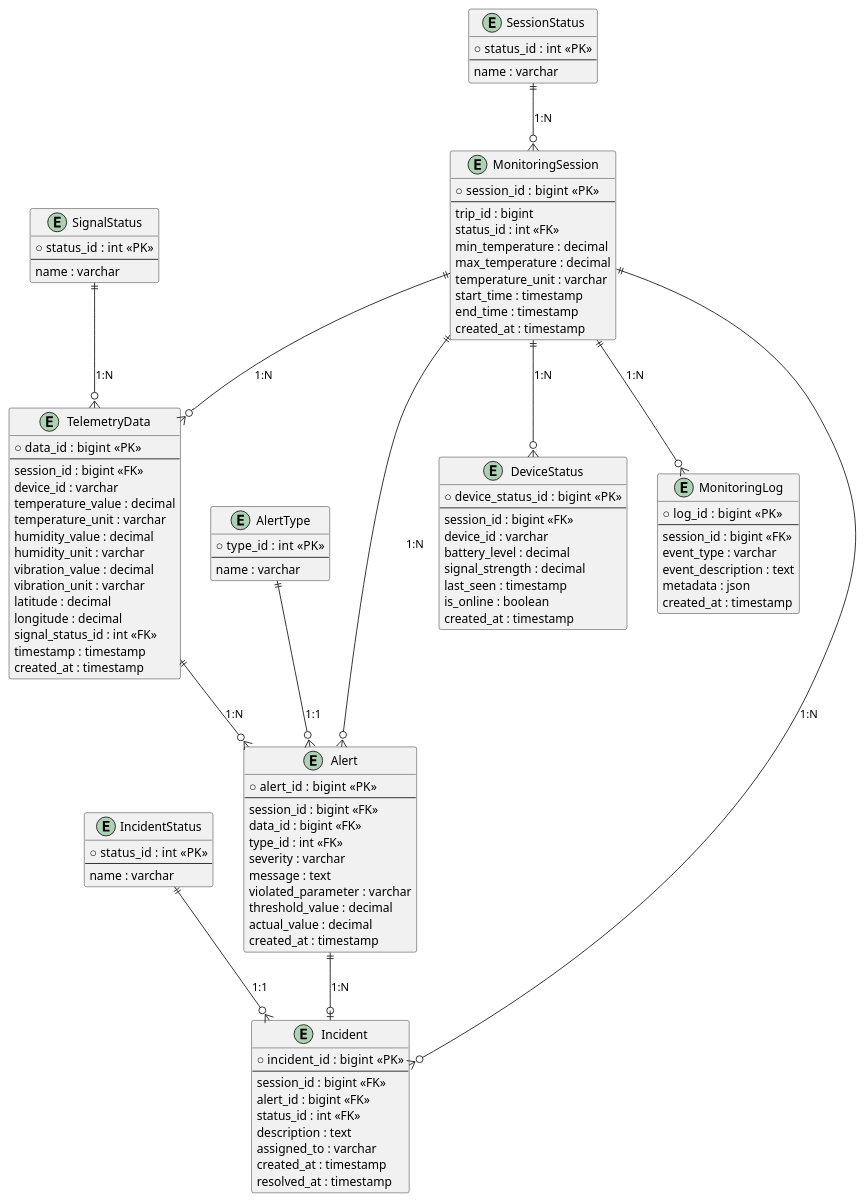
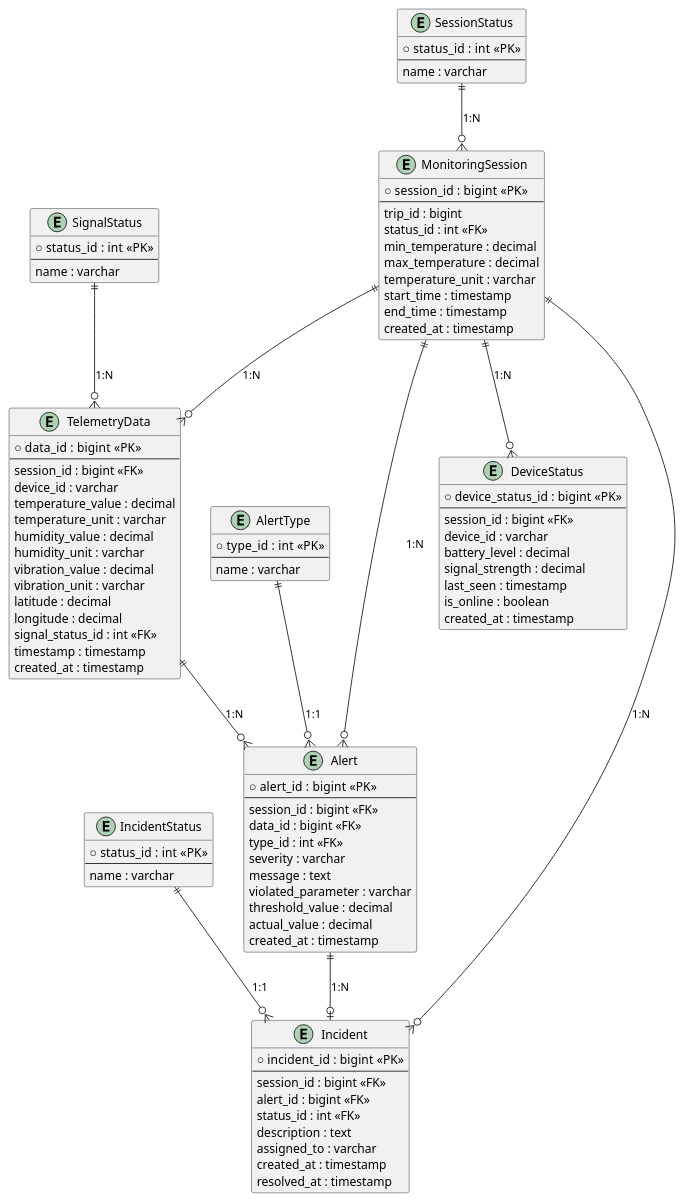
The diagram in assets/UML/Real-Time-Monitoring-Domain-Layer-Database-Diagram.puml (Los-Parkers-IoT/LosParkers-report), drawn with PlantUML before and after one commit.

Commit message:
docs: update real time monitoring database diagram

```diff
--- a/assets/UML/Real-Time-Monitoring-Domain-Layer-Database-Diagram.puml
+++ b/assets/UML/Real-Time-Monitoring-Domain-Layer-Database-Diagram.puml
@@ -1,121 +1,97 @@
 @startuml
-
 entity SessionStatus {
     ○ status_id : int <<PK>>
     --
     name : varchar
 }
-
 entity SignalStatus {
     ○ status_id : int <<PK>>
     --
     name : varchar
 }
-
 entity AlertType {
     ○ type_id : int <<PK>>
     --
     name : varchar
 }
-
 entity IncidentStatus {
     ○ status_id : int <<PK>>
     --
     name : varchar
 }
-
 entity MonitoringSession {
     ○ session_id : bigint <<PK>>
     --
     trip_id : bigint
     status_id : int <<FK>>
     min_temperature : decimal
     max_temperature : decimal
     temperature_unit : varchar
     start_time : timestamp
     end_time : timestamp
     created_at : timestamp
 }
-
 entity TelemetryData {
     ○ data_id : bigint <<PK>>
     --
     session_id : bigint <<FK>>
     device_id : varchar
     temperature_value : decimal
     temperature_unit : varchar
     humidity_value : decimal
     humidity_unit : varchar
     vibration_value : decimal
     vibration_unit : varchar
     latitude : decimal
     longitude : decimal
     signal_status_id : int <<FK>>
     timestamp : timestamp
     created_at : timestamp
 }
-
 entity Alert {
     ○ alert_id : bigint <<PK>>
     --
     session_id : bigint <<FK>>
     data_id : bigint <<FK>>
     type_id : int <<FK>>
     severity : varchar
     message : text
     violated_parameter : varchar
     threshold_value : decimal
     actual_value : decimal
     created_at : timestamp
 }
-
 entity Incident {
     ○ incident_id : bigint <<PK>>
     --
     session_id : bigint <<FK>>
     alert_id : bigint <<FK>>
     status_id : int <<FK>>
     description : text
     assigned_to : varchar
     created_at : timestamp
     resolved_at : timestamp
 }
-
 entity DeviceStatus {
     ○ device_status_id : bigint <<PK>>
     --
     session_id : bigint <<FK>>
     device_id : varchar
     battery_level : decimal
     signal_strength : decimal
     last_seen : timestamp
     is_online : boolean
     created_at : timestamp
 }
-
-entity MonitoringLog {
-    ○ log_id : bigint <<PK>>
-    --
-    session_id : bigint <<FK>>
-    event_type : varchar
-    event_description : text
-    metadata : json
-    created_at : timestamp
-}
-
 ' Relationships
 SessionStatus ||--o{ MonitoringSession : 1:N
 SignalStatus ||--o{ TelemetryData : 1:N
 AlertType ||--o{ Alert : 1:1
 IncidentStatus ||--o{ Incident : 1:1
-
 MonitoringSession ||--o{ TelemetryData : 1:N
 MonitoringSession ||--o{ Alert : 1:N
 MonitoringSession ||--o{ Incident : 1:N
 MonitoringSession ||--o{ DeviceStatus : 1:N
-MonitoringSession ||--o{ MonitoringLog : 1:N
-
 TelemetryData ||--o{ Alert : 1:N
 Alert ||--o| Incident : 1:N
-
 @enduml
```
